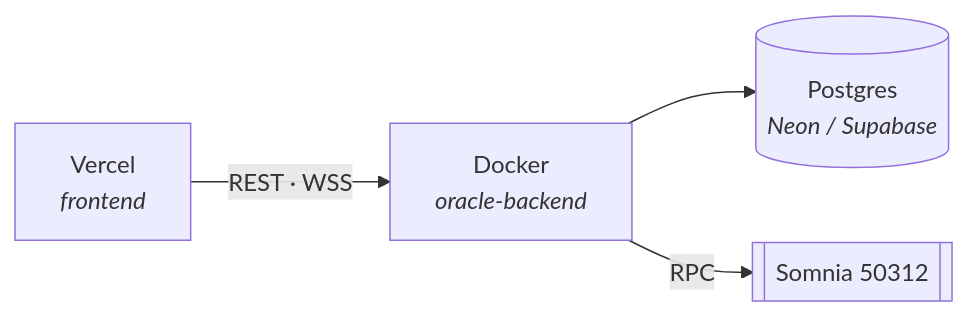
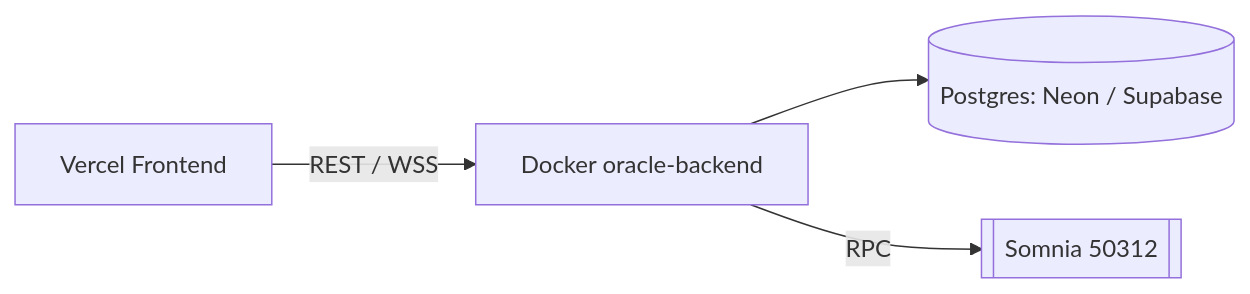
The ninth of 9 diagrams in docs/architecture.md (midexol/Oracle), drawn with Mermaid before and after one commit. The commit also changed other lines of this file and 4 other files, not shown here.

Commit message:
Fix Mermaid diagrams rendering across documentation and add dev:frontend script

````diff
--- a/docs/architecture.md
+++ b/docs/architecture.md
@@ -341,6 +321,6 @@
 ```mermaid
-graph LR
-    V["Vercel<br/><i>frontend</i>"] -->|REST · WSS| D["Docker<br/><i>oracle-backend</i>"]
-    D --> PG[("Postgres<br/><i>Neon / Supabase</i>")]
+flowchart LR
+    V["Vercel Frontend"] -->|REST / WSS| D["Docker oracle-backend"]
+    D --> PG[("Postgres: Neon / Supabase")]
     D -->|RPC| SOM[["Somnia 50312"]]
 ```
````
